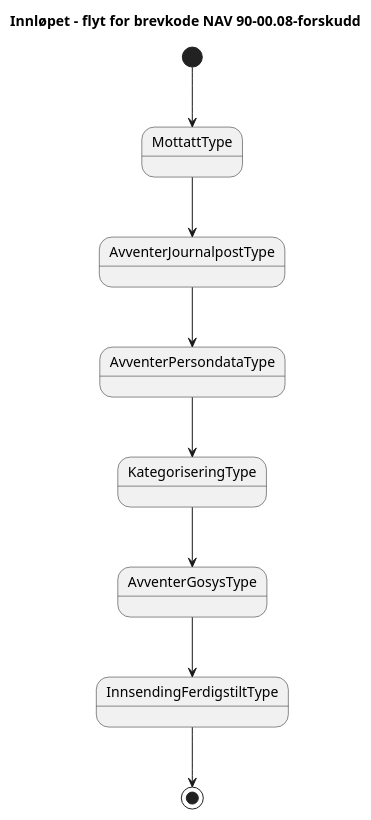
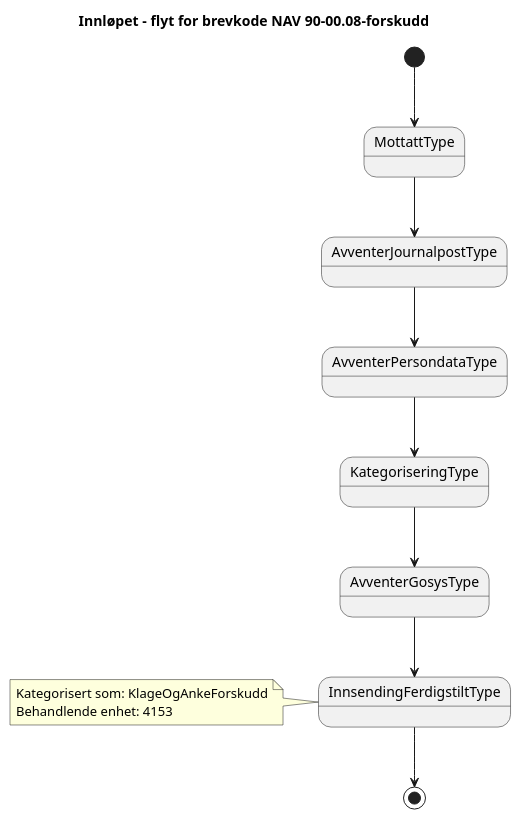
The diagram in docs/arkitektur/tilstander/NAV 90-00.08-forskudd.approved.puml (navikt/dp-mottak), drawn with PlantUML before and after one commit. The commit also changed 17 other files, not shown here.

```diff
--- a/docs/arkitektur/tilstander/NAV 90-00.08-forskudd.approved.puml
+++ b/docs/arkitektur/tilstander/NAV 90-00.08-forskudd.approved.puml
@@ -1,12 +1,16 @@
 @startuml
 title 
 Innløpet – flyt for brevkode NAV 90-00.08-forskudd
 end title           
-[*]-->MottattType 
+[*]-->MottattType
 MottattType --> AvventerJournalpostType
 AvventerJournalpostType --> AvventerPersondataType
 AvventerPersondataType --> KategoriseringType
 KategoriseringType --> AvventerGosysType
 AvventerGosysType --> InnsendingFerdigstiltType
 InnsendingFerdigstiltType--> [*]
+note left of InnsendingFerdigstiltType
+Kategorisert som: KlageOgAnkeForskudd
+Behandlende enhet: 4153  
+end note
 @enduml
```
